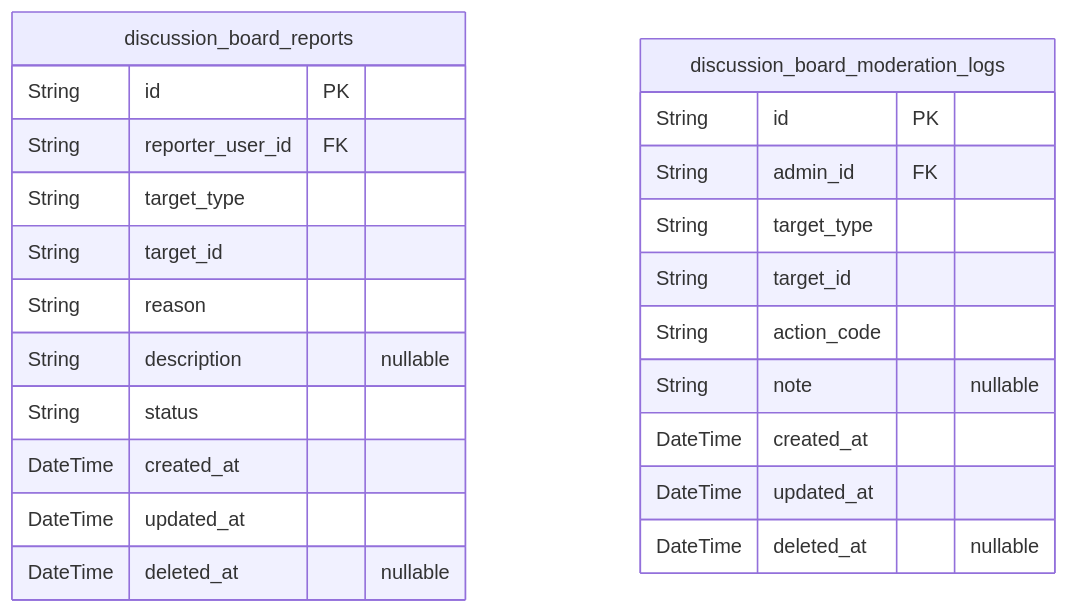
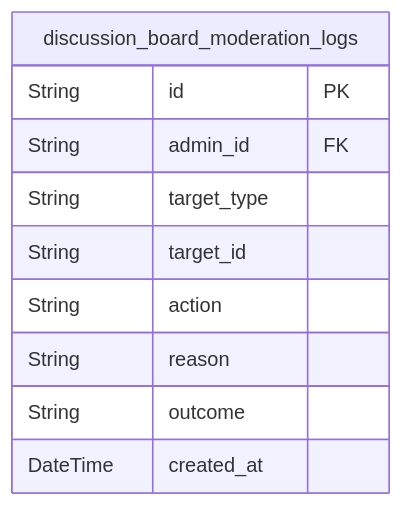
The fifth of 6 diagrams in openai/gpt-4.1/bbs/docs/ERD.md (wrtnlabs/autobe-examples), drawn with Mermaid before and after one commit. The commit also changed other lines of this file and 3569 other files, not shown here.

````diff
--- a/openai/gpt-4.1/bbs/docs/ERD.md
+++ b/openai/gpt-4.1/bbs/docs/ERD.md
@@ -417,26 +449,13 @@
 ```mermaid
 erDiagram
-"discussion_board_reports" {
-  String id PK
-  String reporter_user_id FK
-  String target_type
-  String target_id
-  String reason
-  String description "nullable"
-  String status
-  DateTime created_at
-  DateTime updated_at
-  DateTime deleted_at "nullable"
-}
 "discussion_board_moderation_logs" {
   String id PK
   String admin_id FK
   String target_type
   String target_id
-  String action_code
-  String note "nullable"
+  String action
+  String reason
+  String outcome
   DateTime created_at
-  DateTime updated_at
-  DateTime deleted_at "nullable"
 }
 ```
````
